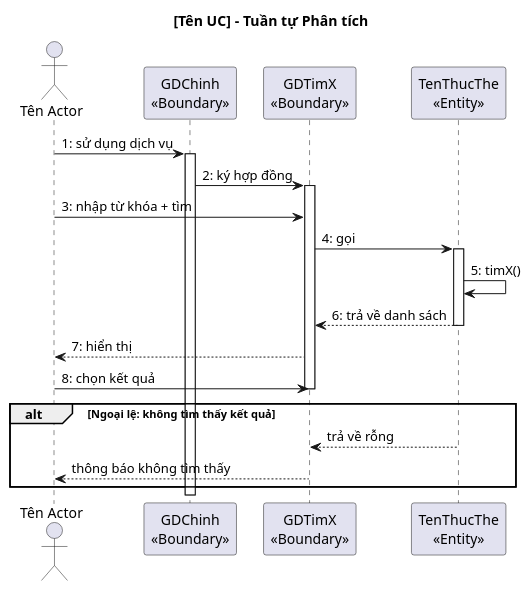
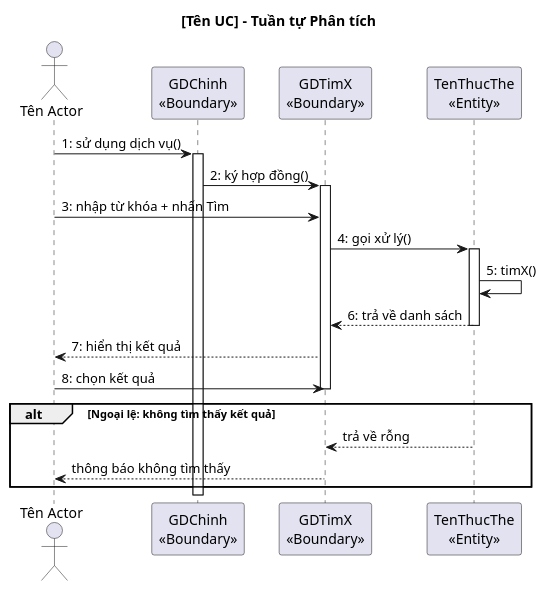
One commit to thanhtrnnn/cnpm changed the diagram in .claude/skills/cnpm/references/ii.4_tuantu_phantich.md. Above: the diagram before and after it, drawn with PlantUML. The commit also changed 1 other file, not shown here.

Commit message:
fix: align sequence diagram message format across cnpm and cnpm-vp skills
Analysis phase messages now consistently use Vietnamese with parentheses
(e.g. "tìm bạn đọc()"), matching the cnpm SKILL.md convention. Design
phase remains English method signatures with types.

````diff
--- a/.claude/skills/cnpm/references/ii.4_tuantu_phantich.md
+++ b/.claude/skills/cnpm/references/ii.4_tuantu_phantich.md
@@ -45,29 +45,29 @@
 ```plantuml
 @startuml
 title [Tên UC] – Tuần tự Phân tích
 
 actor "Tên Actor" as Actor
 participant "GDChinh\n<<Boundary>>" as B0
 participant "GDTimX\n<<Boundary>>" as B1
 participant "TenThucThe\n<<Entity>>" as E
 
-Actor -> B0 : 1: sử dụng dịch vụ
+Actor -> B0 : 1: sử dụng dịch vụ()
 activate B0
-B0 -> B1 : 2: ký hợp đồng
+B0 -> B1 : 2: ký hợp đồng()
 activate B1
-Actor -> B1 : 3: nhập từ khóa + tìm
-B1 -> E : 4: gọi
+Actor -> B1 : 3: nhập từ khóa + nhấn Tìm
+B1 -> E : 4: gọi xử lý()
 activate E
 E -> E : 5: timX()
 E --> B1 : 6: trả về danh sách
 deactivate E
-B1 --> Actor : 7: hiển thị
+B1 --> Actor : 7: hiển thị kết quả
 Actor -> B1 : 8: chọn kết quả
 deactivate B1
 
 alt Ngoại lệ: không tìm thấy kết quả
   E --> B1 : trả về rỗng
   B1 --> Actor : thông báo không tìm thấy
 end
 @enduml
 ```
````
